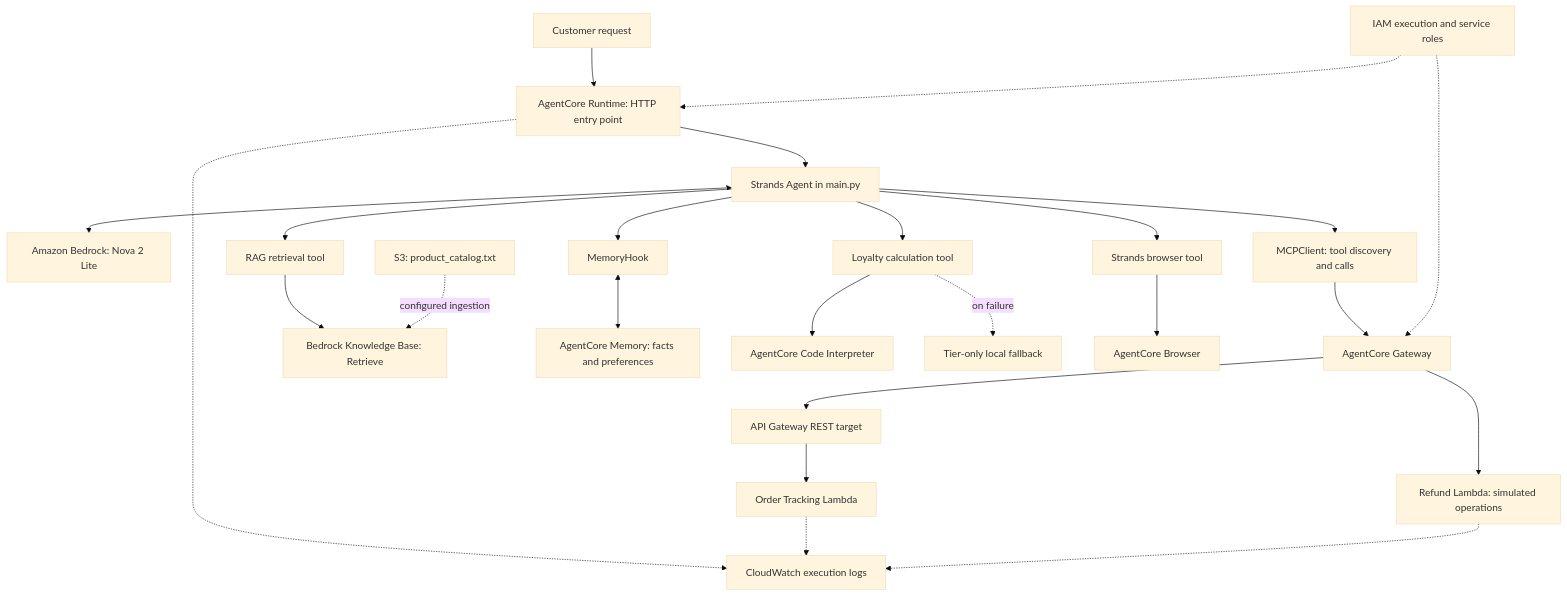
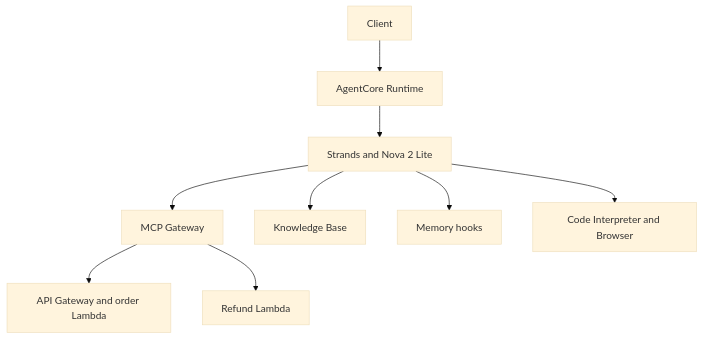
Before and after one commit to Hatch5t/aws-ai-support-agent-strands-agentcore: the diagram in README.md, drawn with Mermaid (base theme). The commit also changed other lines of this file and 18 other files, not shown here.

````diff
--- a/README.md
+++ b/README.md
@@ -70,30 +28,11 @@
 ```mermaid
 flowchart TD
-    CUSTOMER["Customer request"] --> RUNTIME["AgentCore Runtime: HTTP entry point"]
-    RUNTIME --> AGENT["Strands Agent in main.py"]
-    AGENT <--> NOVA["Amazon Bedrock: Nova 2 Lite"]
-
-    AGENT --> MCP["MCPClient: tool discovery and calls"]
-    MCP --> GATEWAY["AgentCore Gateway"]
-    GATEWAY --> API["API Gateway REST target"]
-    API --> ORDERS["Order Tracking Lambda"]
-    GATEWAY --> REFUNDS["Refund Lambda: simulated operations"]
-
-    AGENT --> RAG["RAG retrieval tool"]
-    RAG --> KB["Bedrock Knowledge Base: Retrieve"]
-    S3["S3: product_catalog.txt"] -.->|"configured ingestion"| KB
-
-    AGENT --> HOOK["MemoryHook"]
-    HOOK <--> MEMORY["AgentCore Memory: facts and preferences"]
-    AGENT --> LOYALTY["Loyalty calculation tool"]
-    LOYALTY --> CODE["AgentCore Code Interpreter"]
-    LOYALTY -.->|"on failure"| FALLBACK["Tier-only local fallback"]
-    AGENT --> TOOL["Strands browser tool"]
-    TOOL --> BROWSER["AgentCore Browser"]
-
-    IAM["IAM execution and service roles"] -.-> RUNTIME
-    IAM -.-> GATEWAY
-    RUNTIME -.-> LOGS["CloudWatch execution logs"]
-    ORDERS -.-> LOGS
-    REFUNDS -.-> LOGS
+    C["Client"] --> R["AgentCore Runtime"]
+    R --> A["Strands and Nova 2 Lite"]
+    A --> G["MCP Gateway"]
+    G --> O["API Gateway and order Lambda"]
+    G --> F["Refund Lambda"]
+    A --> K["Knowledge Base"]
+    A --> M["Memory hooks"]
+    A --> T["Code Interpreter and Browser"]
 ```
````
